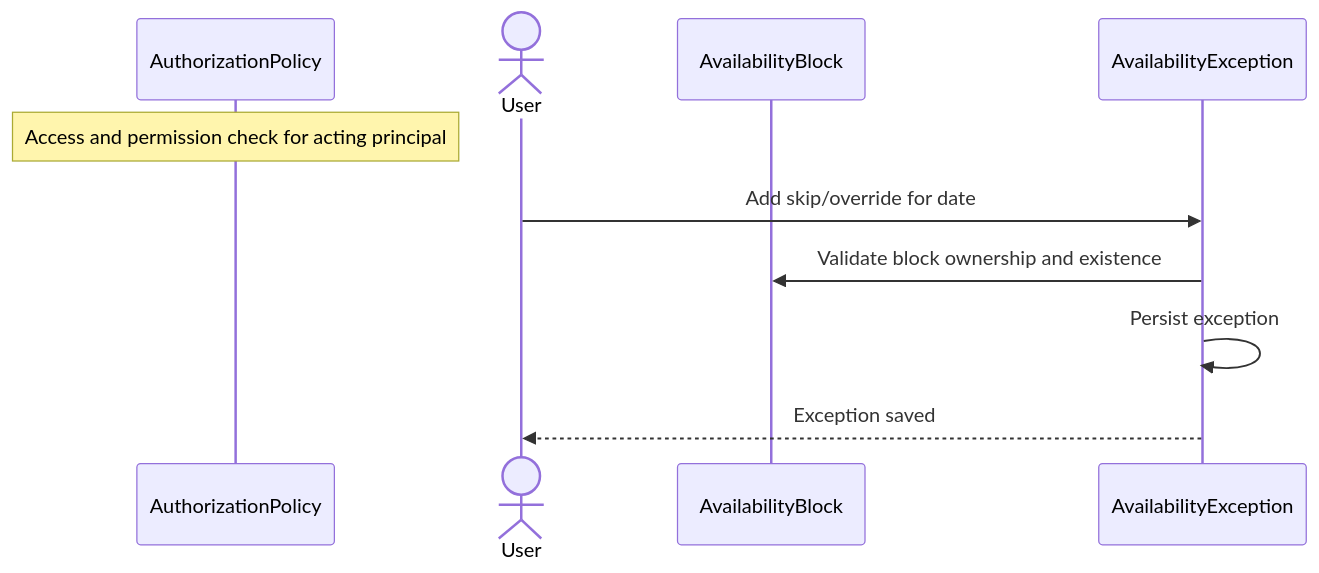
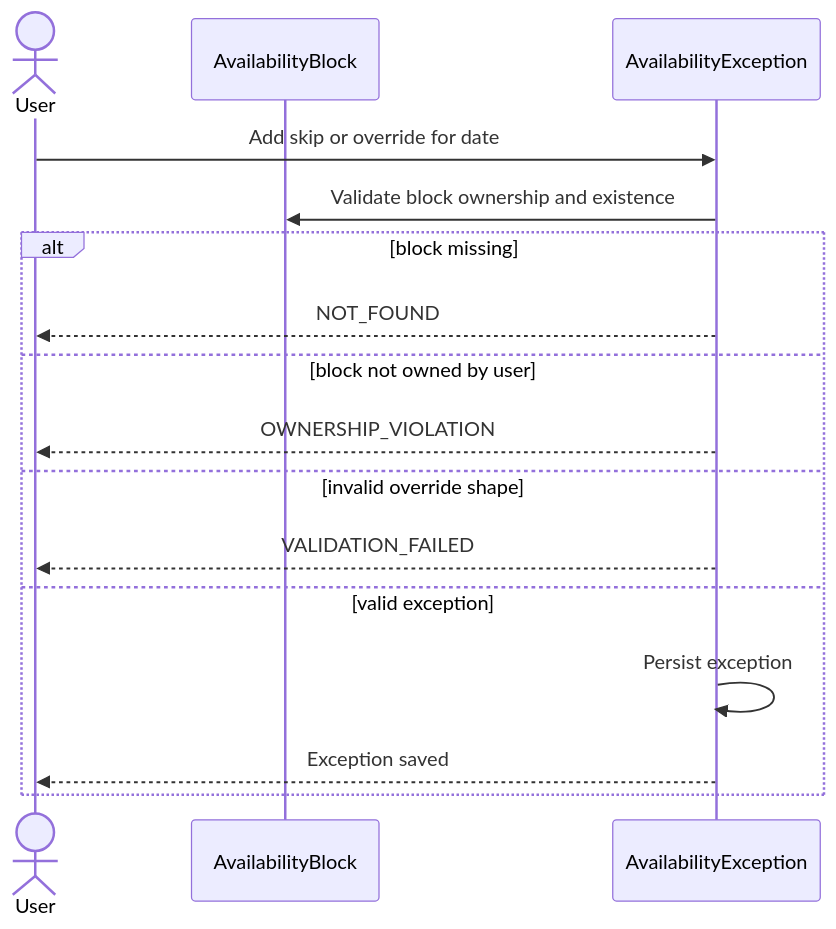
One commit to ChidiRnweke/margin changed the third of 11 diagrams in architecture/sequence-diagrams/04-availability-planning.md. Above: the diagram before and after it, drawn with Mermaid. The commit also changed other lines of this file and 12 other files, not shown here.

Commit message:
Enhance sequence diagrams and introduce traceability matrix

````diff
--- a/architecture/sequence-diagrams/04-availability-planning.md
+++ b/architecture/sequence-diagrams/04-availability-planning.md
@@ -36,12 +43,18 @@
 ```mermaid
 sequenceDiagram
-    participant G as AuthorizationPolicy
-    Note over G: Access and permission check for acting principal
     actor U as User
     participant B as AvailabilityBlock
     participant E as AvailabilityException
-    U->>E: Add skip/override for date
+    U->>E: Add skip or override for date
     E->>B: Validate block ownership and existence
-    E->>E: Persist exception
-    E-->>U: Exception saved
+    alt block missing
+        E-->>U: NOT_FOUND
+    else block not owned by user
+        E-->>U: OWNERSHIP_VIOLATION
+    else invalid override shape
+        E-->>U: VALIDATION_FAILED
+    else valid exception
+        E->>E: Persist exception
+        E-->>U: Exception saved
+    end
 ```
````
